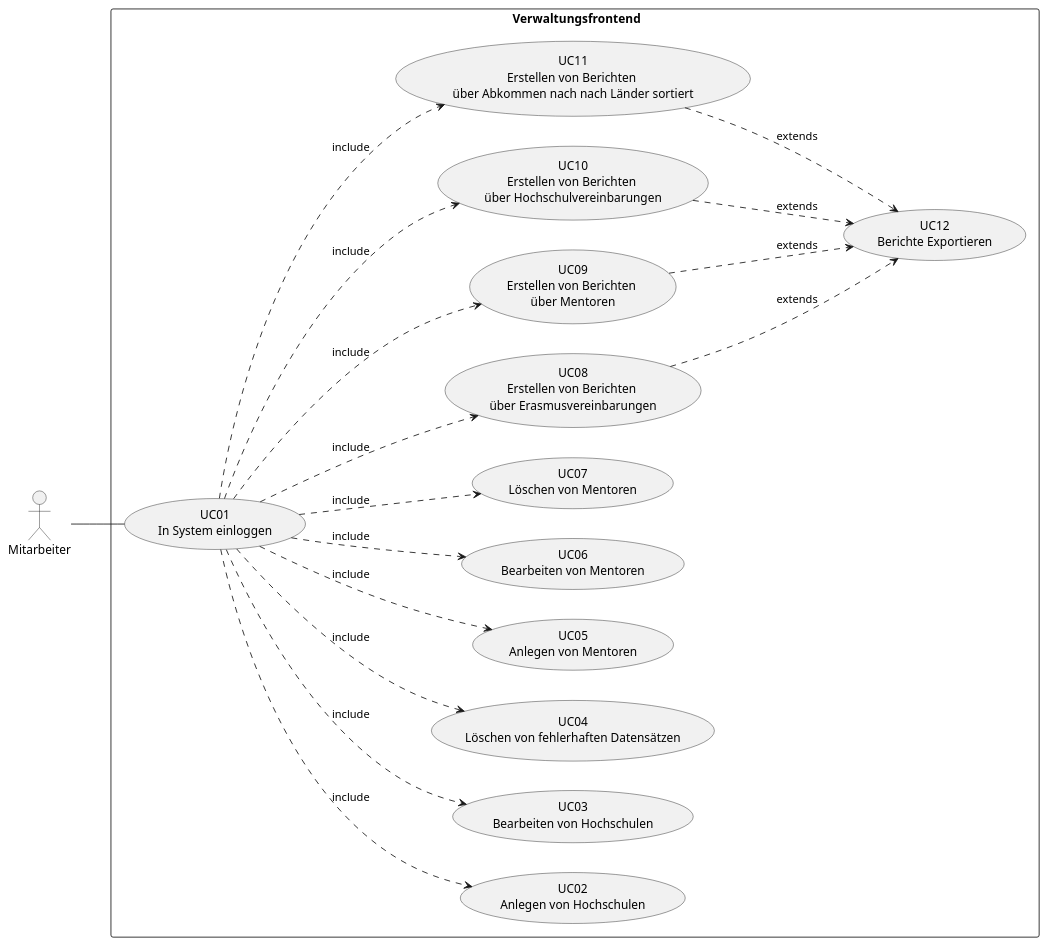
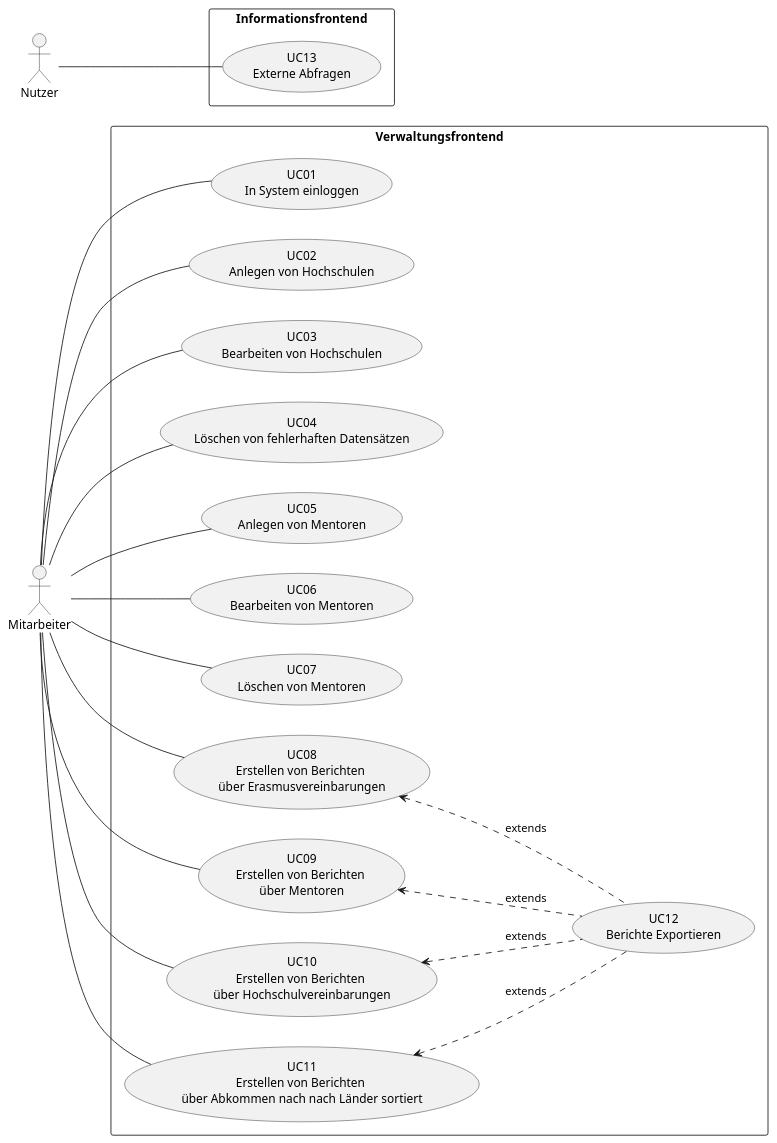
One commit to jay-hae/SE-Projekt-I3 changed the diagram in docs/requirements/plantuml/use_case_diagram.puml. Above: the diagram before and after it, drawn with PlantUML. The commit also changed 4 other files, not shown here.

Commit message:
Update Use Case Diagram

```diff
--- a/docs/requirements/plantuml/use_case_diagram.puml
+++ b/docs/requirements/plantuml/use_case_diagram.puml
@@ -1,36 +1,45 @@
 @startuml
 left to right direction
 
 actor Mitarbeiter
 
-rectangle " Verwaltungsfrontend" {
+rectangle "Verwaltungsfrontend" {
 usecase "UC01\nIn System einloggen" as uc01
 usecase "UC02\nAnlegen von Hochschulen" as uc02
 usecase "UC03\nBearbeiten von Hochschulen" as uc03
 usecase "UC04\nLöschen von fehlerhaften Datensätzen" as uc04
 usecase "UC05\nAnlegen von Mentoren" as uc05
 usecase "UC06\nBearbeiten von Mentoren" as uc06
 usecase "UC07\nLöschen von Mentoren" as uc07
 usecase "UC08\nErstellen von Berichten \nüber Erasmusvereinbarungen" as uc08
 usecase "UC09\nErstellen von Berichten \nüber Mentoren" as uc09
 usecase "UC10\nErstellen von Berichten \nüber Hochschulvereinbarungen" as uc10
 usecase "UC11\nErstellen von Berichten \nüber Abkommen nach nach Länder sortiert" as uc11
 usecase "UC12\nBerichte Exportieren" as uc12
 }
 
 Mitarbeiter -- uc01
-uc01 .down.> uc02 : include
-uc01 .down.> uc03 : include
-uc01 .down.> uc04 : include
-uc01 .down.> uc05 : include
-uc01 .down.> uc06 : include
-uc01 .down.> uc07 : include
-uc01 .down.> uc08 : include
-uc01 .down.> uc09 : include
-uc01 .down.> uc10 : include
-uc01 .down.> uc11 : include
-uc08 .down.> uc12 : extends
-uc09 .down.> uc12 : extends
-uc10 .down.> uc12 : extends
-uc11 .down.> uc12 : extends
+Mitarbeiter -- uc02
+Mitarbeiter -- uc03
+Mitarbeiter -- uc04
+Mitarbeiter -- uc05
+Mitarbeiter -- uc06
+Mitarbeiter -- uc07
+Mitarbeiter -- uc08
+Mitarbeiter -- uc09
+Mitarbeiter -- uc10
+Mitarbeiter -- uc11
+uc08 <.down. uc12 : extends
+uc09 <.down. uc12 : extends
+uc10 <.down. uc12 : extends
+uc11 <.down. uc12 : extends
+
+actor Nutzer
+
+rectangle "Informationsfrontend" {
+
+usecase "UC13\nExterne Abfragen" as uc13
+}
+Nutzer -- uc13
+
 @enduml
```
